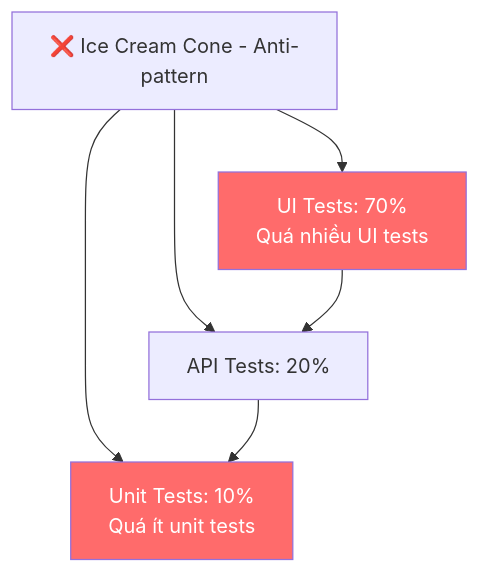
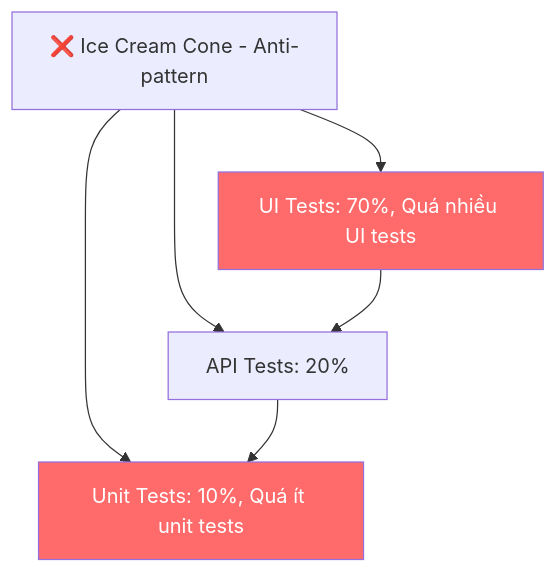
The seventh of 11 diagrams in 01-automation-testing-fundamentals.md (namnd0806/automation-testing-cource), drawn with Mermaid before and after one commit. The commit also changed other lines of this file and 4 other files, not shown here.

First line of the commit message:
Fix: Sửa tất cả sơ đồ Mermaid lỗi format

````diff
--- a/01-automation-testing-fundamentals.md
+++ b/01-automation-testing-fundamentals.md
@@ -491,13 +491,13 @@
 ```mermaid
 graph TD
     A[❌ Ice Cream Cone - Anti-pattern]
     
-    A --> B[UI Tests: 70%<br/>Quá nhiều UI tests]
+    A --> B[UI Tests: 70%, Quá nhiều UI tests]
     A --> C[API Tests: 20%]
-    A --> D[Unit Tests: 10%<br/>Quá ít unit tests]
+    A --> D[Unit Tests: 10%, Quá ít unit tests]
     
     B --> C --> D
     
     style B fill:#FF6B6B,color:#fff
     style D fill:#FF6B6B,color:#fff
 ```
````
